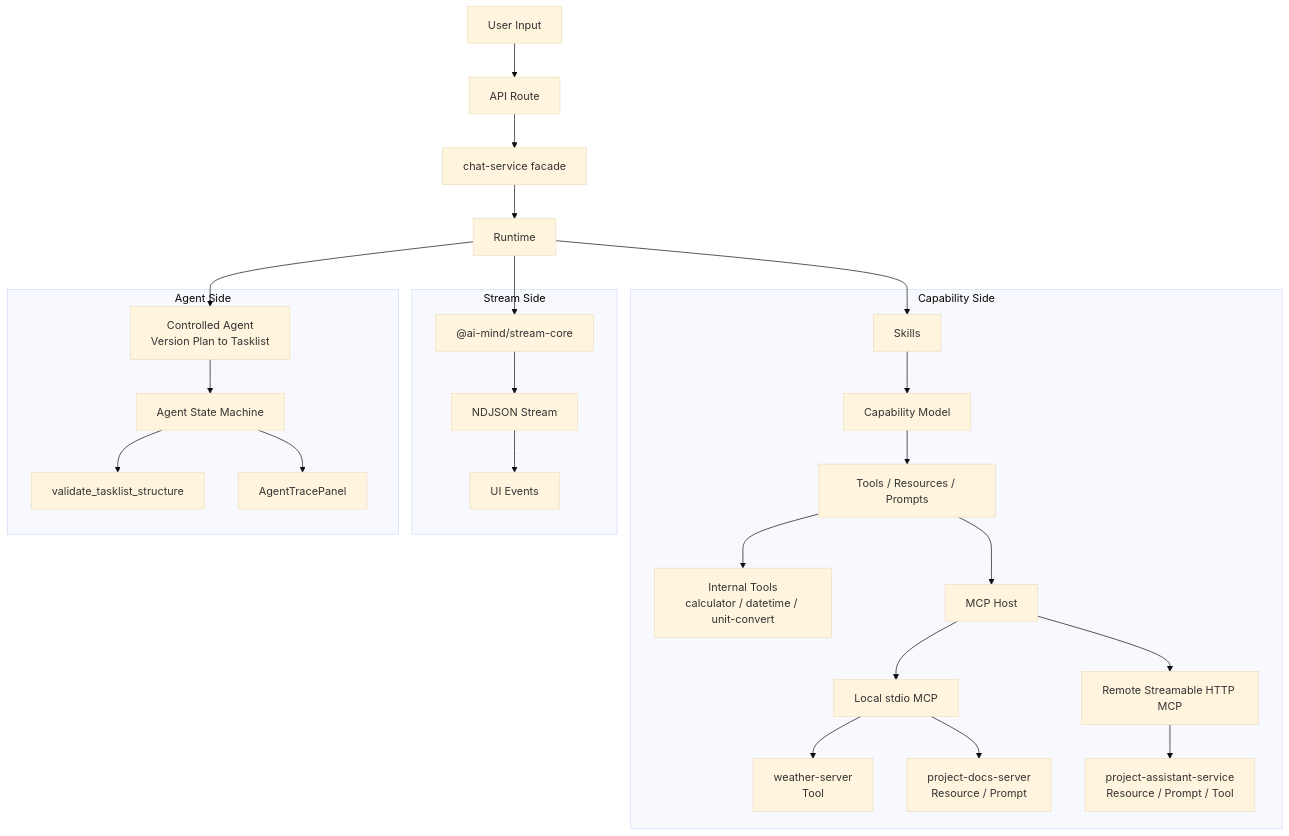
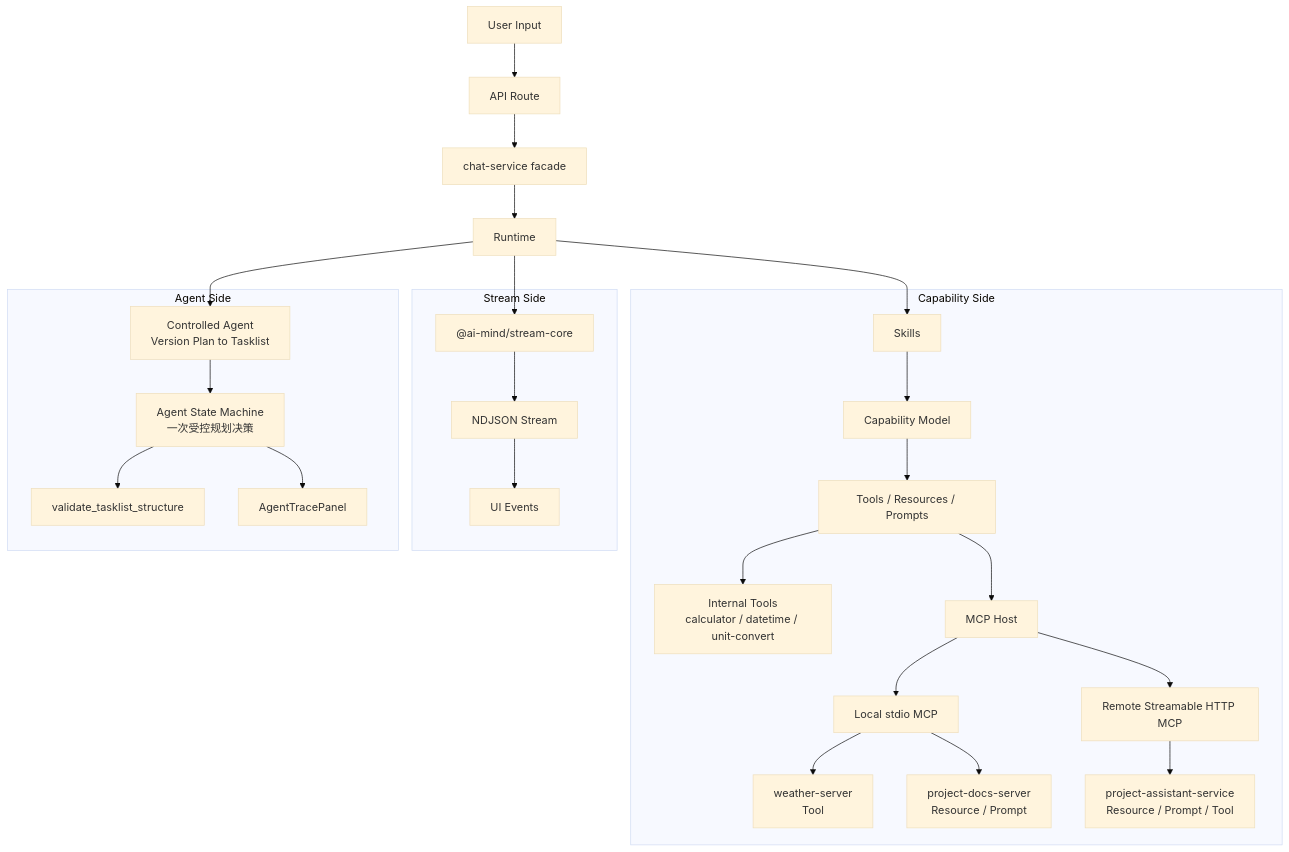
Before and after one commit to HWYD/ai-mind: the diagram in README.md, drawn with Mermaid (base theme). The commit also changed other lines of this file and 75 other files, not shown here.

````diff
--- a/README.md
+++ b/README.md
@@ -56,33 +56,33 @@
 ```mermaid
 flowchart TD
     A["User Input"] --> B["API Route"]
     B --> C["chat-service facade"]
     C --> D["Runtime"]
 
     subgraph Capability["Capability Side"]
         S["Skills"] --> CM["Capability Model"]
         CM --> CAP["Tools / Resources / Prompts"]
         CAP --> IT["Internal Tools<br/>calculator / datetime / unit-convert"]
         CAP --> MCP["MCP Host"]
         MCP --> LM["Local stdio MCP"]
         LM --> W["weather-server<br/>Tool"]
         LM --> PD["project-docs-server<br/>Resource / Prompt"]
         MCP --> RM["Remote Streamable HTTP MCP"]
         RM --> PAS["project-assistant-service<br/>Resource / Prompt / Tool"]
     end
 
     subgraph Stream["Stream Side"]
         SC["@ai-mind/stream-core"] --> NS["NDJSON Stream"]
         NS --> UI["UI Events"]
     end
 
     subgraph Agent["Agent Side"]
-        AG["Controlled Agent<br/>Version Plan to Tasklist"] --> AS["Agent State Machine"]
+        AG["Controlled Agent<br/>Version Plan to Tasklist"] --> AS["Agent State Machine<br/>一次受控规划决策"]
         AS --> QG["validate_tasklist_structure"]
         AS --> AT["AgentTracePanel"]
     end
 
     D --> S
     D --> SC
     D --> AG
 ```
````
